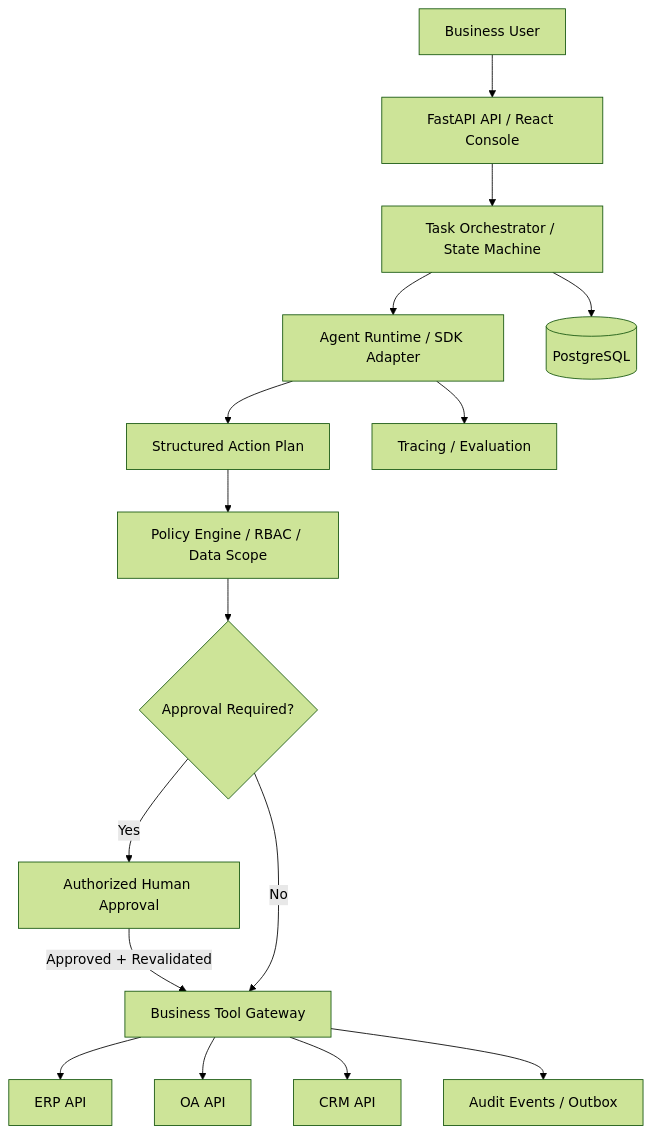
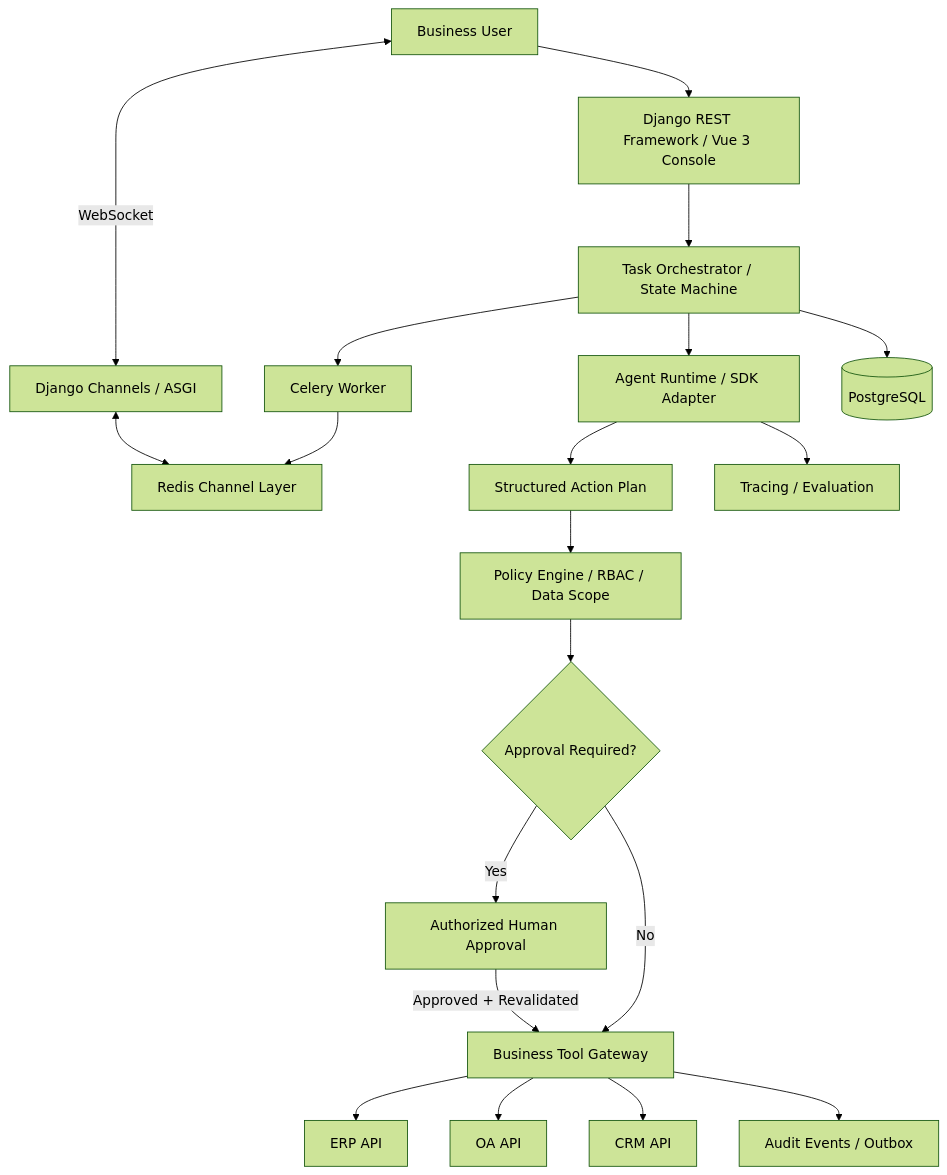
Before and after one commit to calvin-207/Enterprise-Agent-Hub: the diagram in README.md, drawn with Mermaid (forest theme). The commit also changed other lines of this file, not shown here.

Commit message:
docs: migrate architecture to Django Vue and Channels

````diff
--- a/README.md
+++ b/README.md
@@ -13,18 +15,22 @@
 ```mermaid
 flowchart TB
-  USER[Business User] --> API[FastAPI API / React Console]
+  USER[Business User] --> API[Django REST Framework / Vue 3 Console]
+  USER <-->|WebSocket| CHANNELS[Django Channels / ASGI]
+  CHANNELS <--> REDIS[Redis Channel Layer]
   API --> TASK[Task Orchestrator / State Machine]
+  TASK --> WORKER[Celery Worker]
+  WORKER --> REDIS
   TASK --> AGENT[Agent Runtime / SDK Adapter]
   AGENT --> PLAN[Structured Action Plan]
   PLAN --> POLICY[Policy Engine / RBAC / Data Scope]
   POLICY --> APPROVAL{Approval Required?}
   APPROVAL -->|Yes| HUMAN[Authorized Human Approval]
   HUMAN -->|Approved + Revalidated| GATEWAY[Business Tool Gateway]
   APPROVAL -->|No| GATEWAY
   GATEWAY --> ERP[ERP API]
   GATEWAY --> OA[OA API]
   GATEWAY --> CRM[CRM API]
   TASK --> DB[(PostgreSQL)]
   GATEWAY --> AUDIT[Audit Events / Outbox]
   AGENT --> TRACE[Tracing / Evaluation]
 ```
````
